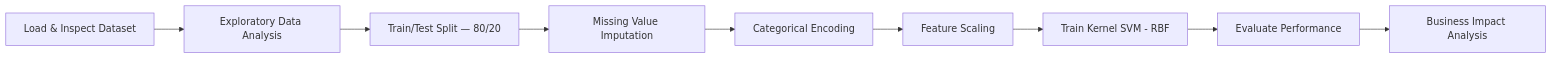
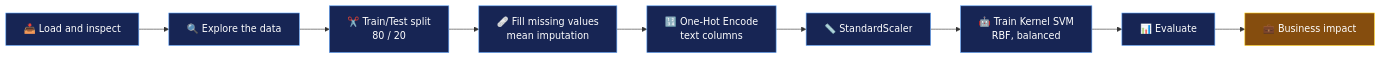
Before and after one commit to khaled-amireh/Bank-Loan-Prediction: the first of 2 diagrams in README.md, drawn with Mermaid. The commit also changed other lines of this file, not shown here.

````diff
--- a/README.md
+++ b/README.md
@@ -74,11 +97,16 @@
 ```mermaid
 flowchart LR
-    A[Load & Inspect Dataset] --> B[Exploratory Data Analysis]
-    B --> C[Train/Test Split — 80/20]
-    C --> D[Missing Value Imputation]
-    D --> E[Categorical Encoding]
-    E --> F[Feature Scaling]
-    F --> G[Train Kernel SVM - RBF]
-    G --> H[Evaluate Performance]
-    H --> I[Business Impact Analysis]
+    A["📥 Load and inspect"] --> B["🔍 Explore the data"]
+    B --> C["✂️ Train/Test split<br/>80 / 20"]
+    C --> D["🩹 Fill missing values<br/>mean imputation"]
+    D --> E["🔢 One-Hot Encode<br/>text columns"]
+    E --> F["📏 StandardScaler"]
+    F --> G["🤖 Train Kernel SVM<br/>RBF, balanced"]
+    G --> H["📊 Evaluate"]
+    H --> I["💼 Business impact"]
+
+    classDef step fill:#172554,stroke:#60a5fa,color:#fff;
+    classDef gold fill:#854d0e,stroke:#facc15,color:#fff;
+    class A,B,C,D,E,F,G,H step;
+    class I gold;
 ```
````
